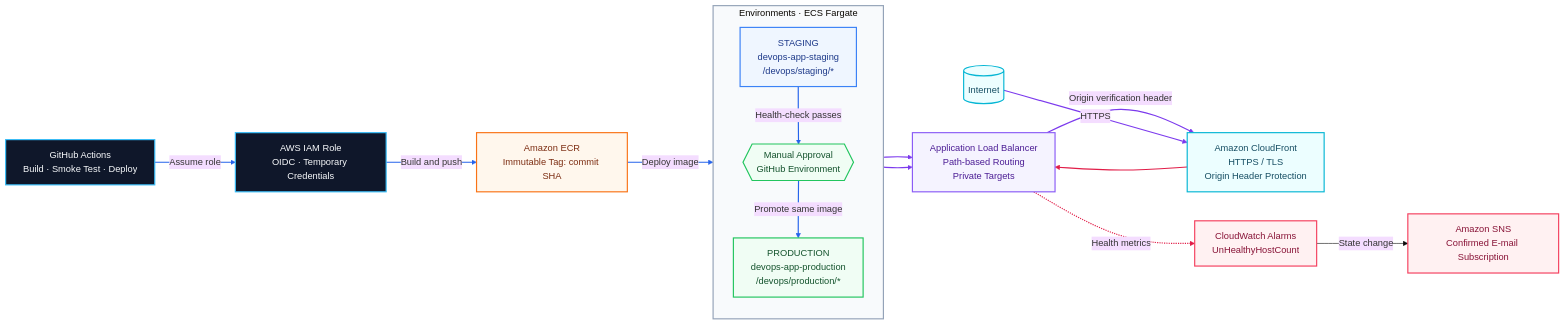
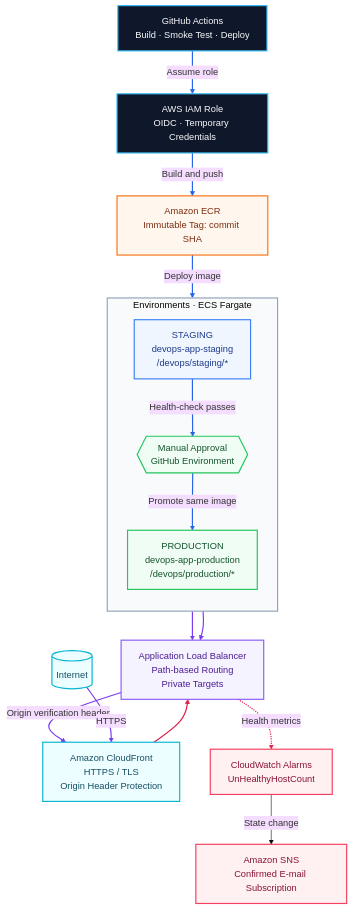
The diagram in README.md (LeaoAndre3107/Desafio_Tecnico_Lacrei_Saude), drawn with Mermaid (base theme) before and after one commit. The commit also changed 2 other files, not shown here.

Commit message:
Melhorar diagrama vertical da arquitetura

````diff
--- a/README.md
+++ b/README.md
@@ -60,45 +60,45 @@
 ```mermaid
-flowchart LR
+flowchart TB
     classDef cicd fill:#0f172a,stroke:#38bdf8,color:#f8fafc,stroke-width:2px
     classDef registry fill:#fff7ed,stroke:#f97316,color:#7c2d12,stroke-width:2px
     classDef staging fill:#eff6ff,stroke:#3b82f6,color:#1e3a8a,stroke-width:2px
     classDef production fill:#f0fdf4,stroke:#22c55e,color:#14532d,stroke-width:2px
     classDef network fill:#f5f3ff,stroke:#8b5cf6,color:#4c1d95,stroke-width:2px
     classDef edge fill:#ecfeff,stroke:#06b6d4,color:#164e63,stroke-width:2px
     classDef monitor fill:#fff1f2,stroke:#f43f5e,color:#881337,stroke-width:2px
 
     A["GitHub Actions<br/>Build · Smoke Test · Deploy"]:::cicd
     B["AWS IAM Role<br/>OIDC · Temporary Credentials"]:::cicd
     C["Amazon ECR<br/>Immutable Tag: commit SHA"]:::registry
 
     subgraph ENV["Environments · ECS Fargate"]
         direction TB
         D["STAGING<br/>devops-app-staging<br/>/devops/staging/*"]:::staging
         E["PRODUCTION<br/>devops-app-production<br/>/devops/production/*"]:::production
         G{{"Manual Approval<br/>GitHub Environment"}}:::production
     end
 
     F["Application Load Balancer<br/>Path-based Routing<br/>Private Targets"]:::network
     H["Amazon CloudFront<br/>HTTPS / TLS<br/>Origin Header Protection"]:::edge
     I[("Internet")]:::edge
     J["CloudWatch Alarms<br/>UnHealthyHostCount"]:::monitor
     K["Amazon SNS<br/>Confirmed E-mail Subscription"]:::monitor
 
     A -->|Assume role| B
     B -->|Build and push| C
     C -->|Deploy image| D
     D -->|Health-check passes| G
     G -->|Promote same image| E
     D --> F
     E --> F
     F -->|Origin verification header| H
     I -->|HTTPS| H
     H --> F
     F -.->|Health metrics| J
     J -->|State change| K
 
     style ENV fill:#f8fafc,stroke:#94a3b8,stroke-width:2px
     linkStyle 0,1,2,3,4 stroke:#2563eb,stroke-width:2px
     linkStyle 5,6,7,8 stroke:#7c3aed,stroke-width:2px
     linkStyle 9,10 stroke:#e11d48,stroke-width:2px
 ```
````
